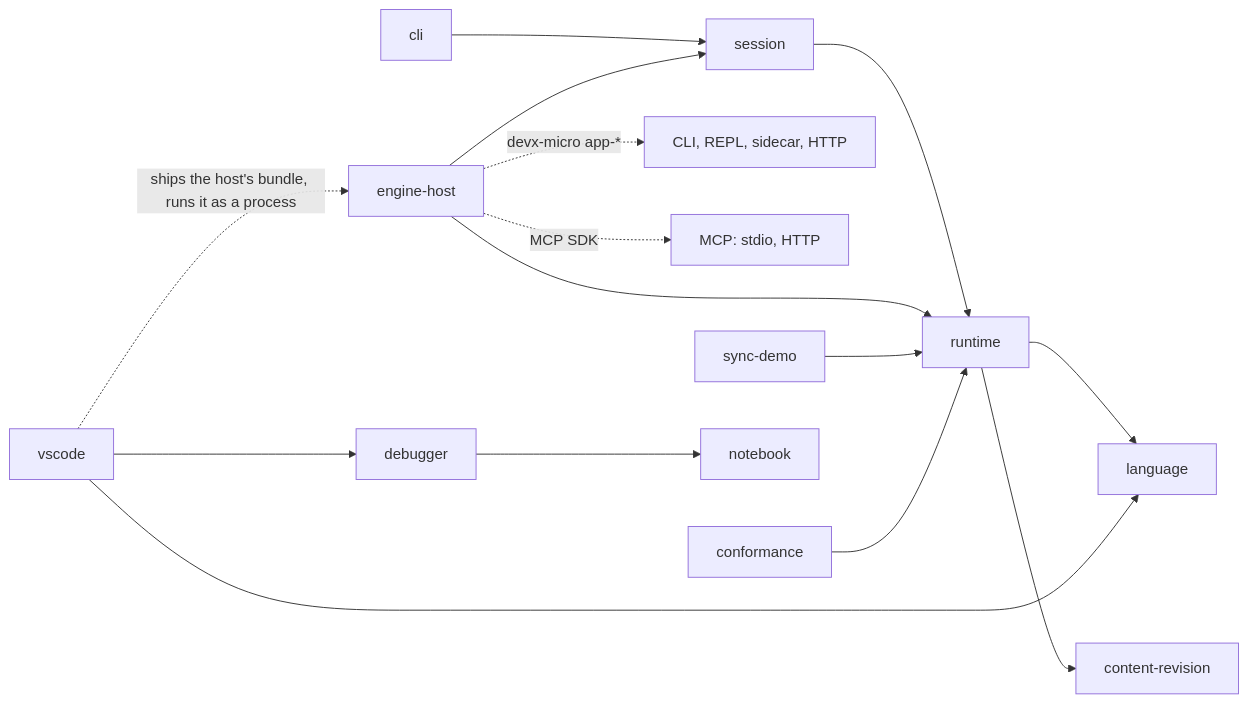
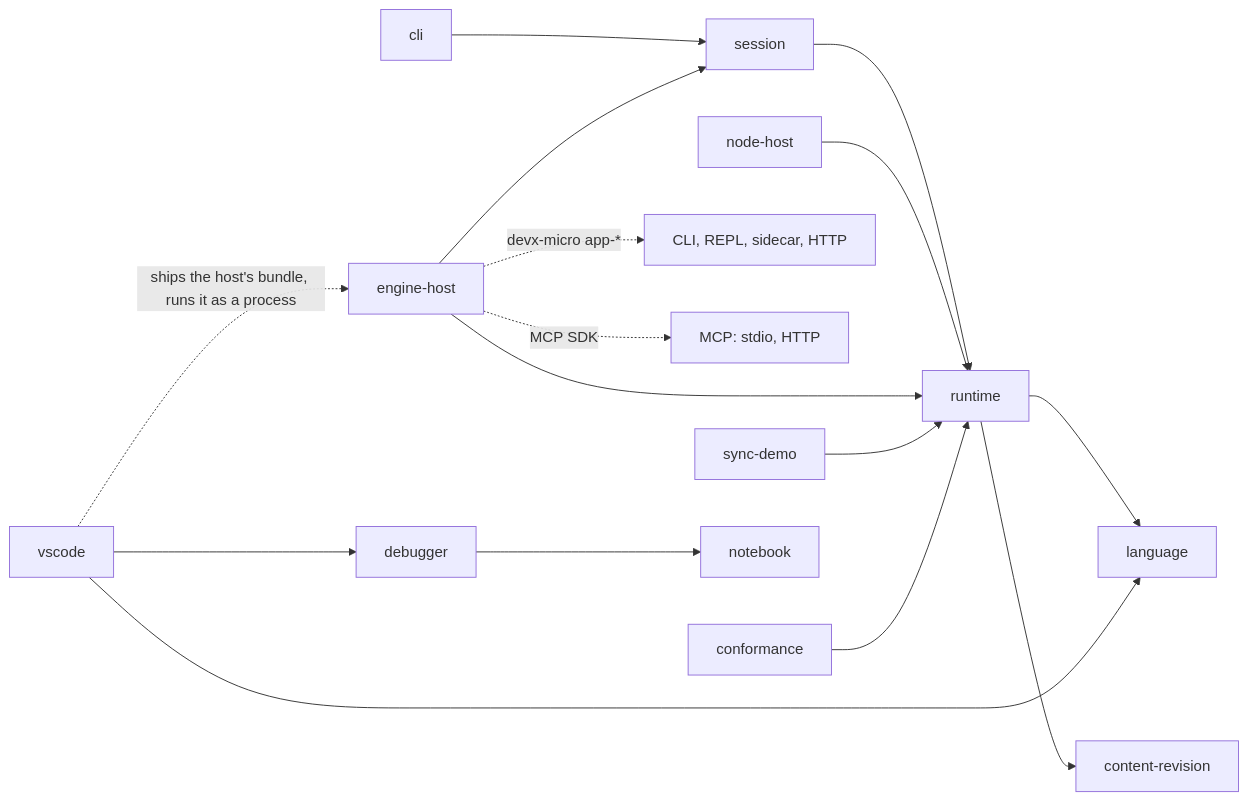
The second of 2 diagrams in AGENTS.md (typedblite/typedblite), drawn with Mermaid before and after one commit. The commit also changed other lines of this file and 47 other files, not shown here.

First line of the commit message:
feat(node-host): add @typedblite/node-host, the Node embedding handle

````diff
--- a/AGENTS.md
+++ b/AGENTS.md
@@ -28,17 +29,18 @@
 ```mermaid
 flowchart LR
   cli --> session
   session --> runtime
+  node-host --> runtime
   engine-host --> session
   engine-host -.->|devx-micro app-*| transports[CLI, REPL, sidecar, HTTP]
   engine-host -.->|MCP SDK| mcp[MCP: stdio, HTTP]
   vscode -.->|ships the host's bundle, runs it as a process| engine-host
   engine-host --> runtime
   sync-demo --> runtime
   conformance --> runtime
   runtime --> language
   runtime --> content-revision
   vscode --> language
   vscode --> debugger
   debugger --> notebook
 ```
````
